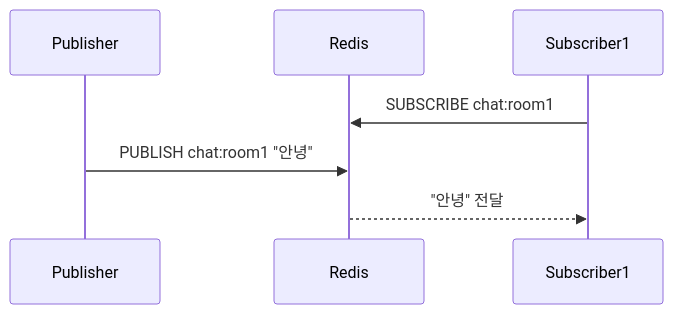
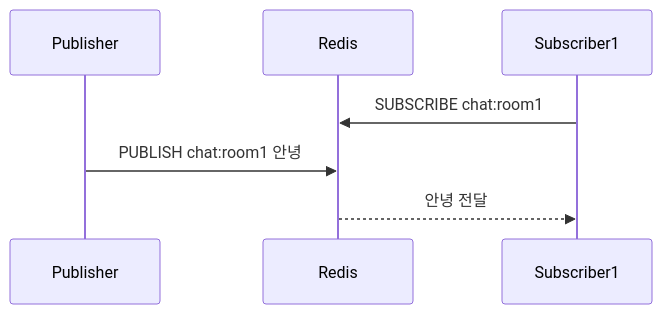
The first of 3 diagrams in _posts/redis/2026-05-01-redis-pubsub.md (yjkim2015/yjkim2015.github.io), drawn with Mermaid before and after one commit. The commit also changed other lines of this file and 60 other files, not shown here.

First line of the commit message:
sequenceDiagram 문법 에러 수정 92개

````diff
--- a/_posts/redis/2026-05-01-redis-pubsub.md
+++ b/_posts/redis/2026-05-01-redis-pubsub.md
@@ -19,9 +19,9 @@
 ```mermaid
 sequenceDiagram
     participant P as Publisher
     participant R as Redis
     participant S1 as Subscriber1
     S1->>R: SUBSCRIBE chat:room1
-    P->>R: PUBLISH chat:room1 "안녕"
-    R-->>S1: "안녕" 전달
+    P->>R: PUBLISH chat:room1 안녕
+    R-->>S1: 안녕 전달
 ```
````
